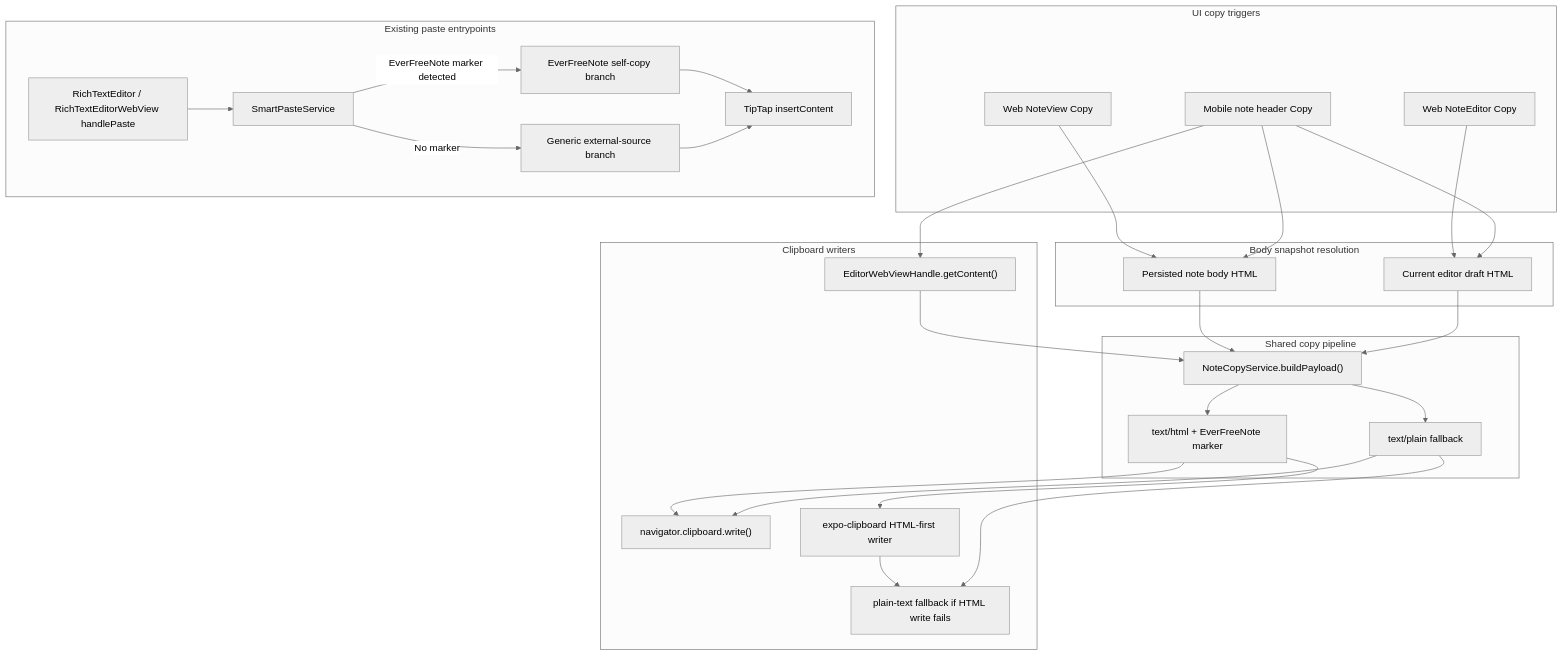
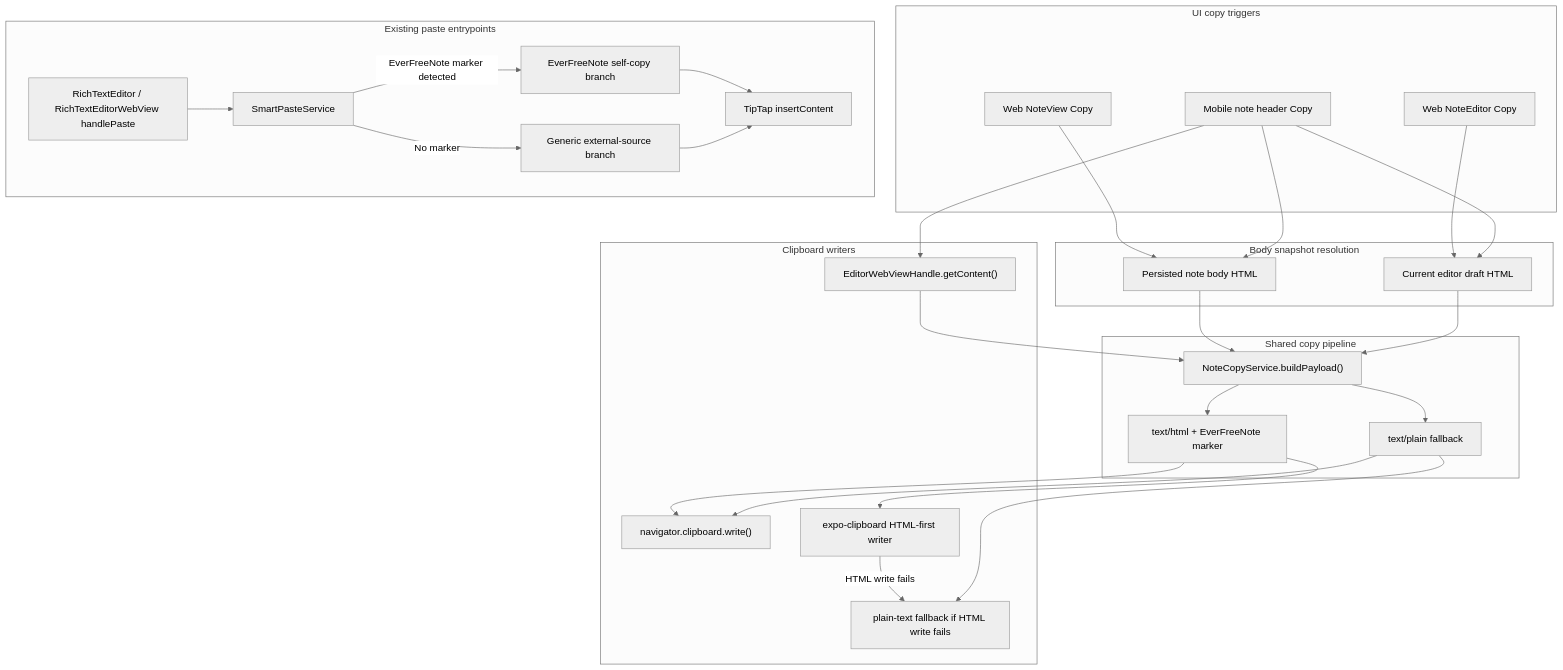
Before and after one commit to koreyba/EverFreeNote: the diagram in docs/ai/design/feature-note-copy-action.md, drawn with Mermaid (neutral theme). The commit also changed 5 other files, not shown here.

````diff
--- a/docs/ai/design/feature-note-copy-action.md
+++ b/docs/ai/design/feature-note-copy-action.md
@@ -17,55 +17,55 @@
 ```mermaid
 flowchart TD
   subgraph CopyTriggers["UI copy triggers"]
     WVRead["Web NoteView Copy"]
     WVEdit["Web NoteEditor Copy"]
     MHeader["Mobile note header Copy"]
   end
 
   subgraph Snapshot["Body snapshot resolution"]
     ReadHtml["Persisted note body HTML"]
     EditHtml["Current editor draft HTML"]
   end
 
   subgraph CopyCore["Shared copy pipeline"]
     Builder["NoteCopyService.buildPayload()"]
     Plain["text/plain fallback"]
     Rich["text/html + EverFreeNote marker"]
   end
 
   subgraph Writers["Clipboard writers"]
     WebWriter["navigator.clipboard.write()"]
     MobileSnapshot["EditorWebViewHandle.getContent()"]
     MobileWriter["expo-clipboard HTML-first writer"]
     MobileFallback["plain-text fallback if HTML write fails"]
   end
 
   subgraph Paste["Existing paste entrypoints"]
     WebPaste["RichTextEditor / RichTextEditorWebView handlePaste"]
     SmartPaste["SmartPasteService"]
     SelfCopy["EverFreeNote self-copy branch"]
     Generic["Generic external-source branch"]
     Insert["TipTap insertContent"]
   end
 
   WVRead --> ReadHtml
   WVEdit --> EditHtml
   MHeader --> EditHtml
   MHeader --> ReadHtml
   ReadHtml --> Builder
   EditHtml --> Builder
   Builder --> Plain
   Builder --> Rich
   Rich --> WebWriter
   Plain --> WebWriter
   MHeader --> MobileSnapshot
   MobileSnapshot --> Builder
   Rich --> MobileWriter
-  MobileWriter --> MobileFallback
+  MobileWriter -->|HTML write fails| MobileFallback
   Plain --> MobileFallback
   WebPaste --> SmartPaste
   SmartPaste -->|EverFreeNote marker detected| SelfCopy
   SmartPaste -->|No marker| Generic
   SelfCopy --> Insert
   Generic --> Insert
 ```
````
